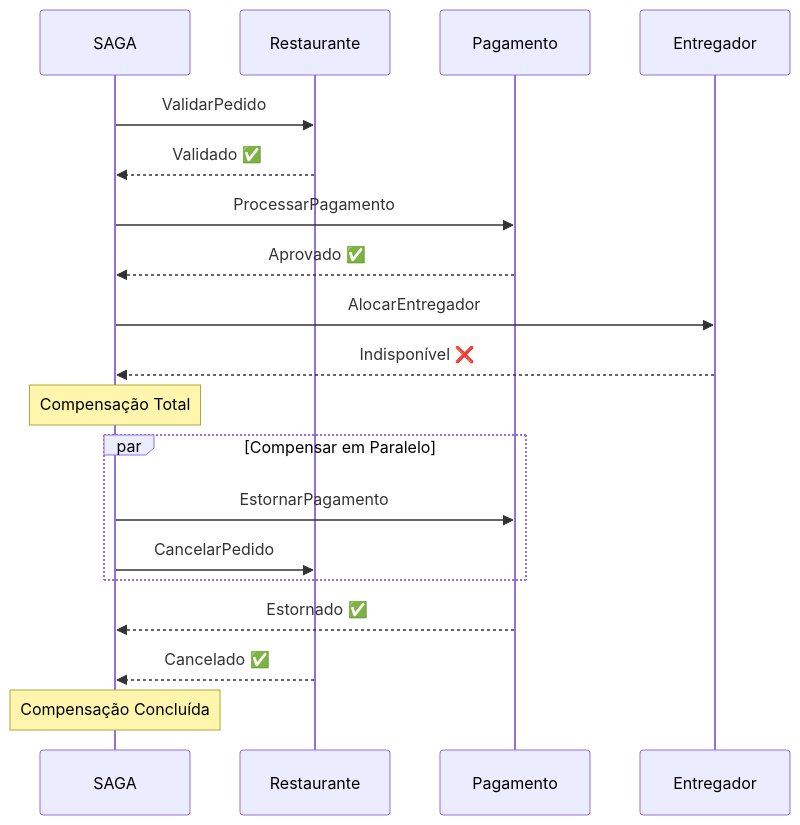
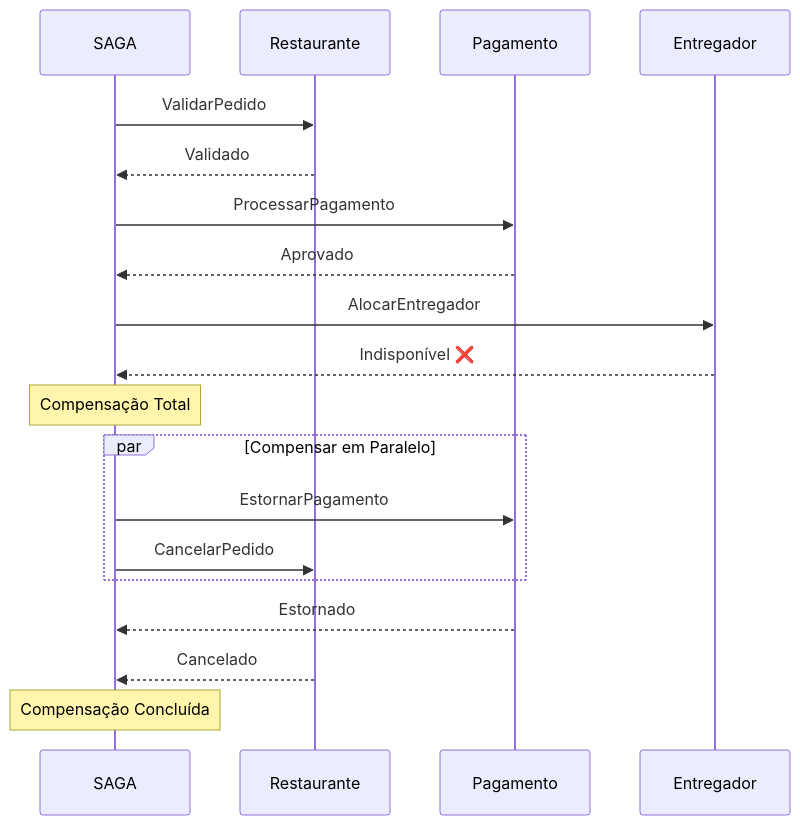
Before and after one commit to felipemarcianodev/saga-poc-dotnet: the second of 9 diagrams in docs/diagramas-compensacao.md, drawn with Mermaid. The commit also changed other lines of this file and 70 other files, not shown here.

````diff
--- a/docs/diagramas-compensacao.md
+++ b/docs/diagramas-compensacao.md
@@ -52,28 +52,28 @@
 ```mermaid
 sequenceDiagram
     participant SAGA
     participant Restaurante
     participant Pagamento
     participant Entregador
 
     SAGA->>Restaurante: ValidarPedido
-    Restaurante-->>SAGA: Validado ✅
+    Restaurante-->>SAGA: Validado
 
     SAGA->>Pagamento: ProcessarPagamento
-    Pagamento-->>SAGA: Aprovado ✅
+    Pagamento-->>SAGA: Aprovado
 
     SAGA->>Entregador: AlocarEntregador
     Entregador-->>SAGA: Indisponível ❌
 
     Note over SAGA: Compensação Total
 
     par Compensar em Paralelo
         SAGA->>Pagamento: EstornarPagamento
         SAGA->>Restaurante: CancelarPedido
     end
 
-    Pagamento-->>SAGA: Estornado ✅
-    Restaurante-->>SAGA: Cancelado ✅
+    Pagamento-->>SAGA: Estornado
+    Restaurante-->>SAGA: Cancelado
 
     Note over SAGA: Compensação Concluída
 ```
````
